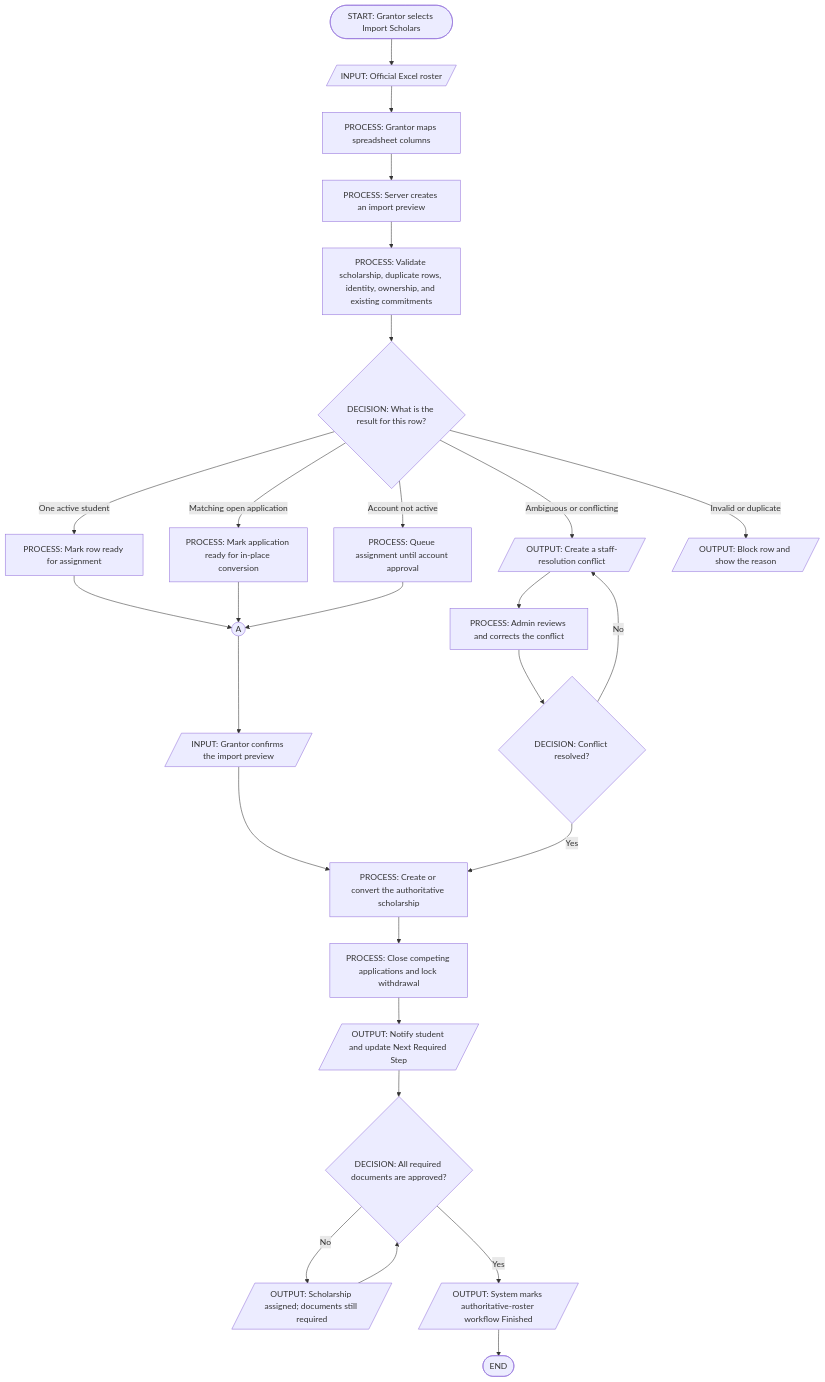
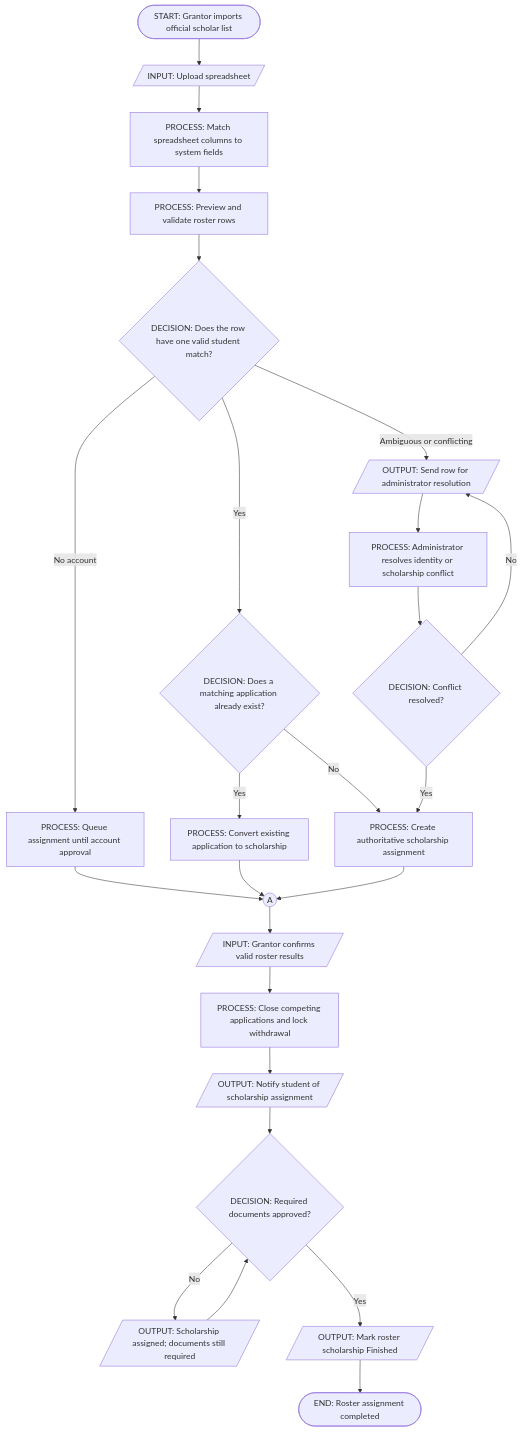
Before and after one commit to tristan-santos/BulsuScholar: the eighth of 10 diagrams in docs/SystemFlowchart.md, drawn with Mermaid. The commit also changed other lines of this file and 18 other files, not shown here.

````diff
--- a/docs/SystemFlowchart.md
+++ b/docs/SystemFlowchart.md
@@ -424,29 +253,27 @@
 ```mermaid
 flowchart TD
-    Start([START: Grantor selects Import Scholars]) --> Excel[/INPUT: Official Excel roster/]
-    Excel --> Mapping[PROCESS: Grantor maps spreadsheet columns]
-    Mapping --> Preview[PROCESS: Server creates an import preview]
-    Preview --> Validate[PROCESS: Validate scholarship, duplicate rows, identity, ownership, and existing commitments]
-    Validate --> RowType{DECISION: What is the result for this row?}
-    RowType -- One active student --> Ready[PROCESS: Mark row ready for assignment]
-    RowType -- Matching open application --> Convert[PROCESS: Mark application ready for in-place conversion]
-    RowType -- Account not active --> Queue[PROCESS: Queue assignment until account approval]
-    RowType -- Ambiguous or conflicting --> Conflict[/OUTPUT: Create a staff-resolution conflict/]
-    RowType -- Invalid or duplicate --> Block[/OUTPUT: Block row and show the reason/]
-    Ready --> Confirm((A))
+    Start([START: Grantor imports official scholar list]) --> File[/INPUT: Upload spreadsheet/]
+    File --> Mapping[PROCESS: Match spreadsheet columns to system fields]
+    Mapping --> Preview[PROCESS: Preview and validate roster rows]
+    Preview --> Match{DECISION: Does the row have one valid student match?}
+    Match -- No account --> Queue[PROCESS: Queue assignment until account approval]
+    Match -- Ambiguous or conflicting --> Conflict[/OUTPUT: Send row for administrator resolution/]
+    Match -- Yes --> Existing{DECISION: Does a matching application already exist?}
+    Existing -- Yes --> Convert[PROCESS: Convert existing application to scholarship]
+    Existing -- No --> Assign[PROCESS: Create authoritative scholarship assignment]
+    Queue --> Confirm((A))
     Convert --> Confirm
-    Queue --> Confirm
-    Confirm --> Commit[/INPUT: Grantor confirms the import preview/]
-    Commit --> Transaction[PROCESS: Create or convert the authoritative scholarship]
-    Transaction --> Close[PROCESS: Close competing applications and lock withdrawal]
-    Close --> Notice[/OUTPUT: Notify student and update Next Required Step/]
-    Notice --> Docs{DECISION: All required documents are approved?}
-    Docs -- No --> Waiting[/OUTPUT: Scholarship assigned; documents still required/]
-    Waiting --> Docs
-    Docs -- Yes --> Finished[/OUTPUT: System marks authoritative-roster workflow Finished/]
-    Finished --> End([END])
-    Conflict --> Admin[PROCESS: Admin reviews and corrects the conflict]
-    Admin --> Resolved{DECISION: Conflict resolved?}
+    Assign --> Confirm
+    Confirm --> Commit[/INPUT: Grantor confirms valid roster results/]
+    Commit --> Close[PROCESS: Close competing applications and lock withdrawal]
+    Close --> Notify[/OUTPUT: Notify student of scholarship assignment/]
+    Notify --> Documents{DECISION: Required documents approved?}
+    Documents -- No --> Pending[/OUTPUT: Scholarship assigned; documents still required/]
+    Pending --> Documents
+    Documents -- Yes --> Finished[/OUTPUT: Mark roster scholarship Finished/]
+    Finished --> End([END: Roster assignment completed])
+    Conflict --> Resolve[PROCESS: Administrator resolves identity or scholarship conflict]
+    Resolve --> Resolved{DECISION: Conflict resolved?}
     Resolved -- No --> Conflict
-    Resolved -- Yes --> Transaction
+    Resolved -- Yes --> Assign
 ```
````
